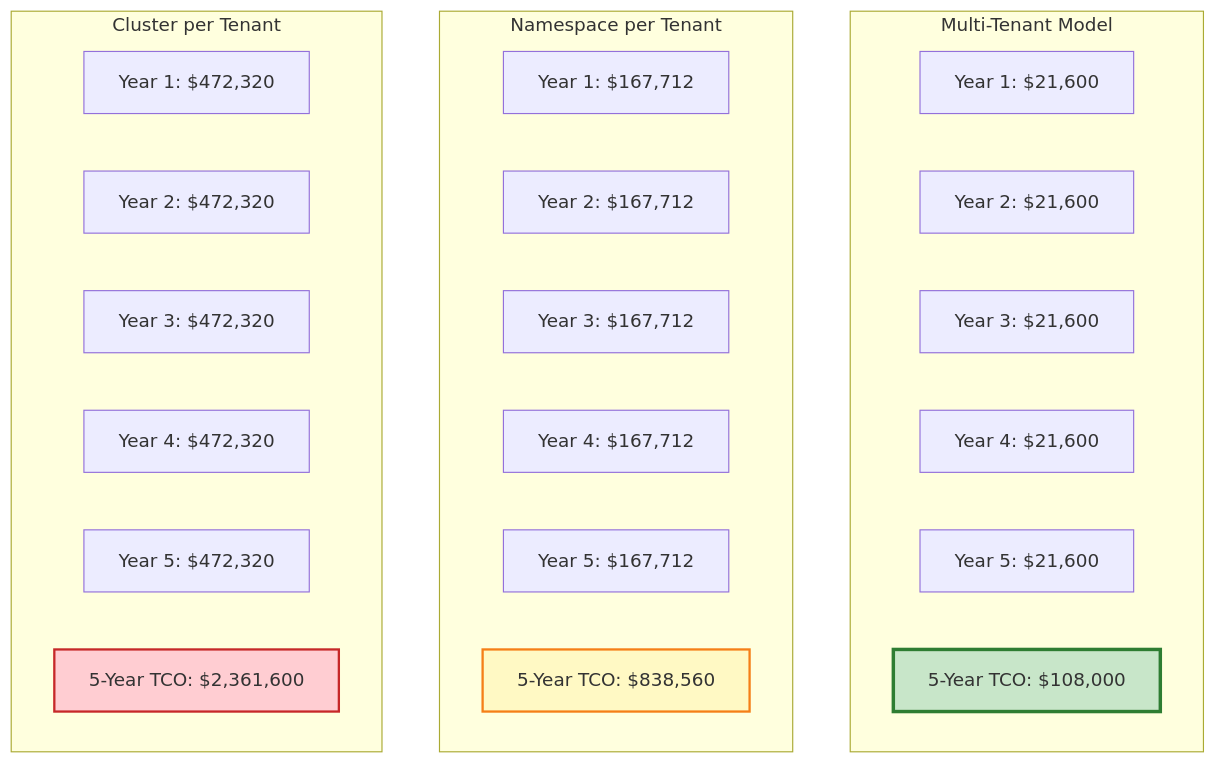
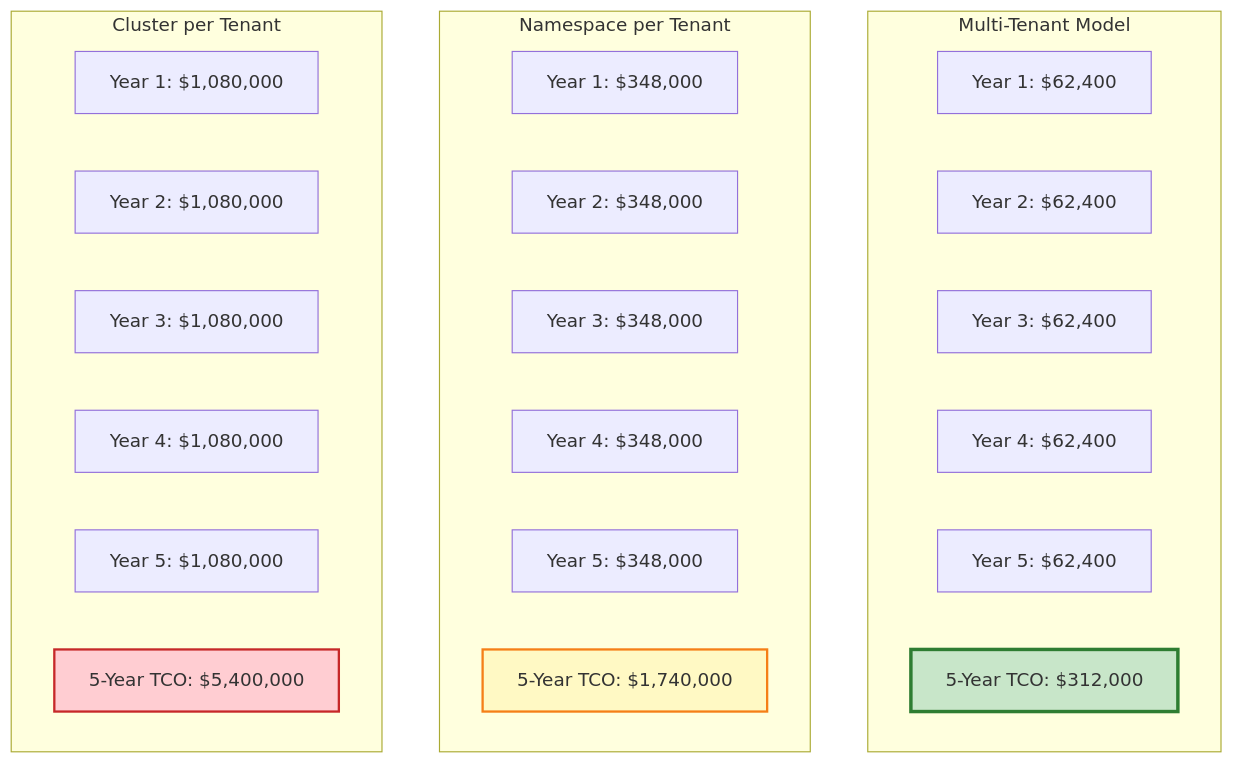
The eighth of 8 diagrams in docs/multi-tenant/EXECUTIVE_SUMMARY.md (ADORSYS-GIS/fineract-gitops), drawn with Mermaid before and after one commit. The commit also changed other lines of this file and 2 other files, not shown here.

Commit message:
architecture html print

````diff
--- a/docs/multi-tenant/EXECUTIVE_SUMMARY.md
+++ b/docs/multi-tenant/EXECUTIVE_SUMMARY.md
@@ -672,33 +709,33 @@
 ```mermaid
 graph TB
     subgraph "Multi-Tenant Model"
-        MT_Y1["Year 1: $21,600"]
-        MT_Y2["Year 2: $21,600"]
-        MT_Y3["Year 3: $21,600"]
-        MT_Y4["Year 4: $21,600"]
-        MT_Y5["Year 5: $21,600"]
-        MT_TOTAL["5-Year TCO: $108,000"]
+        MT_Y1["Year 1: $62,400"]
+        MT_Y2["Year 2: $62,400"]
+        MT_Y3["Year 3: $62,400"]
+        MT_Y4["Year 4: $62,400"]
+        MT_Y5["Year 5: $62,400"]
+        MT_TOTAL["5-Year TCO: $312,000"]
     end
 
     subgraph "Namespace per Tenant"
-        NS_Y1["Year 1: $167,712"]
-        NS_Y2["Year 2: $167,712"]
-        NS_Y3["Year 3: $167,712"]
-        NS_Y4["Year 4: $167,712"]
-        NS_Y5["Year 5: $167,712"]
-        NS_TOTAL["5-Year TCO: $838,560"]
+        NS_Y1["Year 1: $348,000"]
+        NS_Y2["Year 2: $348,000"]
+        NS_Y3["Year 3: $348,000"]
+        NS_Y4["Year 4: $348,000"]
+        NS_Y5["Year 5: $348,000"]
+        NS_TOTAL["5-Year TCO: $1,740,000"]
     end
 
     subgraph "Cluster per Tenant"
-        CL_Y1["Year 1: $472,320"]
-        CL_Y2["Year 2: $472,320"]
-        CL_Y3["Year 3: $472,320"]
-        CL_Y4["Year 4: $472,320"]
-        CL_Y5["Year 5: $472,320"]
-        CL_TOTAL["5-Year TCO: $2,361,600"]
+        CL_Y1["Year 1: $1,080,000"]
+        CL_Y2["Year 2: $1,080,000"]
+        CL_Y3["Year 3: $1,080,000"]
+        CL_Y4["Year 4: $1,080,000"]
+        CL_Y5["Year 5: $1,080,000"]
+        CL_TOTAL["5-Year TCO: $5,400,000"]
     end
 
     style MT_TOTAL fill:#c8e6c9,stroke:#2e7d32,stroke-width:3px
     style NS_TOTAL fill:#fff9c4,stroke:#f57f17,stroke-width:2px
     style CL_TOTAL fill:#ffcdd2,stroke:#c62828,stroke-width:2px
 ```
````
